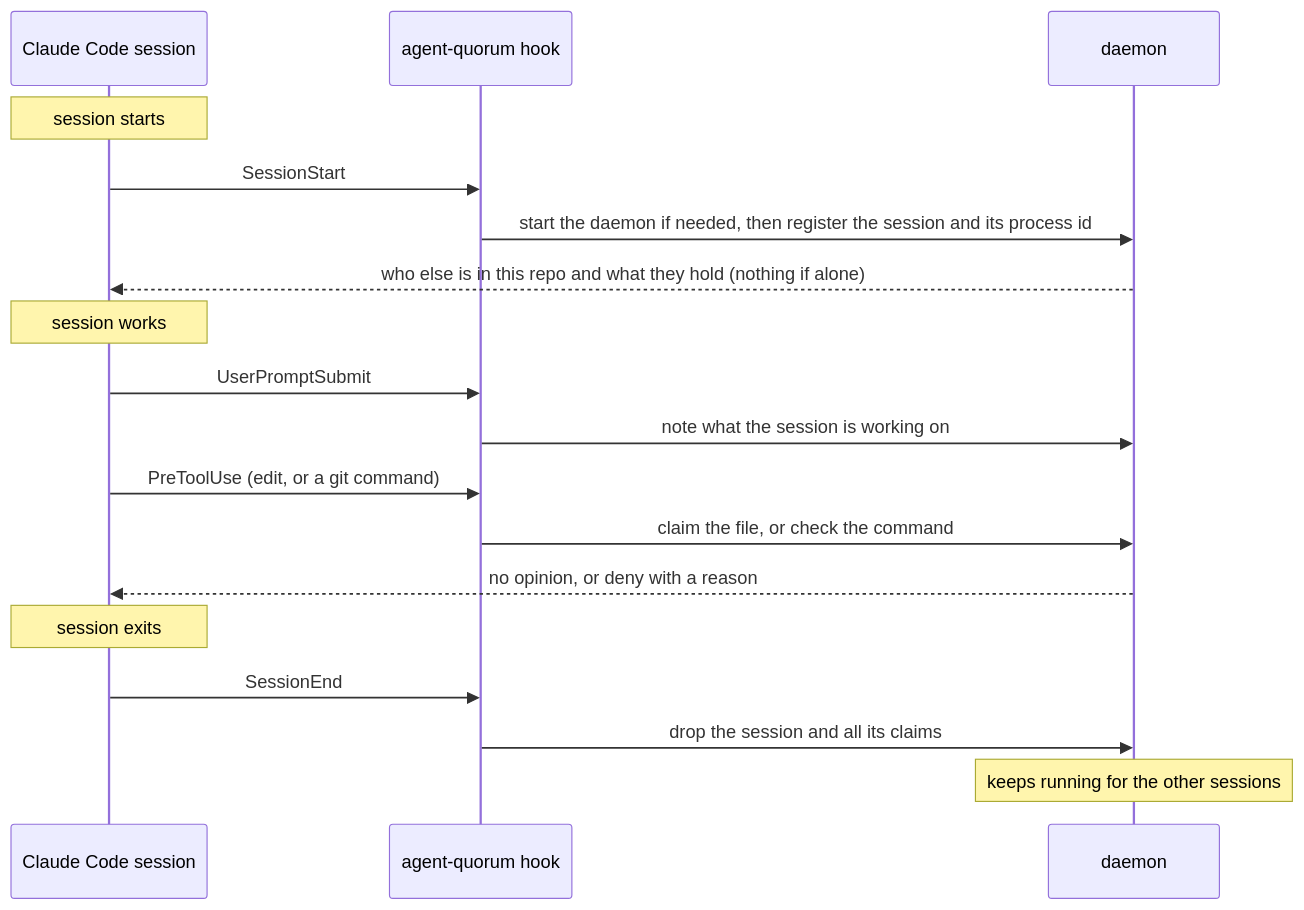
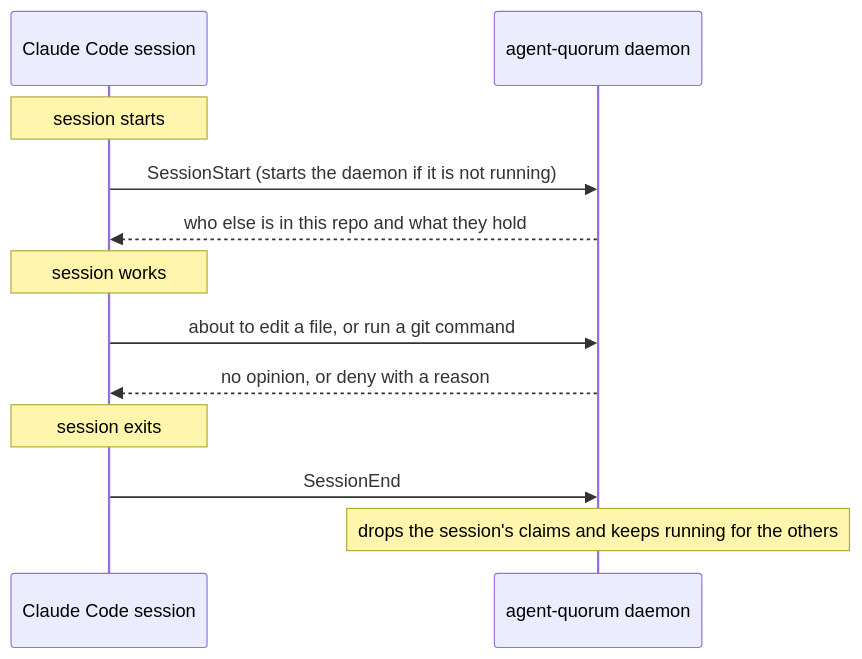
The diagram in README.md (ChristopherLiew/agent-quorum), drawn with Mermaid before and after one commit. The commit also changed other lines of this file, not shown here.

````diff
--- a/README.md
+++ b/README.md
@@ -132,20 +70,14 @@
 ```mermaid
 sequenceDiagram
   participant C as Claude Code session
-  participant H as agent-quorum hook
-  participant D as daemon
+  participant D as agent-quorum daemon
   Note over C: session starts
-  C->>H: SessionStart
-  H->>D: start the daemon if needed, then register the session and its process id
-  D-->>C: who else is in this repo and what they hold (nothing if alone)
+  C->>D: SessionStart (starts the daemon if it is not running)
+  D-->>C: who else is in this repo and what they hold
   Note over C: session works
-  C->>H: UserPromptSubmit
-  H->>D: note what the session is working on
-  C->>H: PreToolUse (edit, or a git command)
-  H->>D: claim the file, or check the command
+  C->>D: about to edit a file, or run a git command
   D-->>C: no opinion, or deny with a reason
   Note over C: session exits
-  C->>H: SessionEnd
-  H->>D: drop the session and all its claims
-  Note over D: keeps running for the other sessions
+  C->>D: SessionEnd
+  Note over D: drops the session's claims and keeps running for the others
 ```
````
